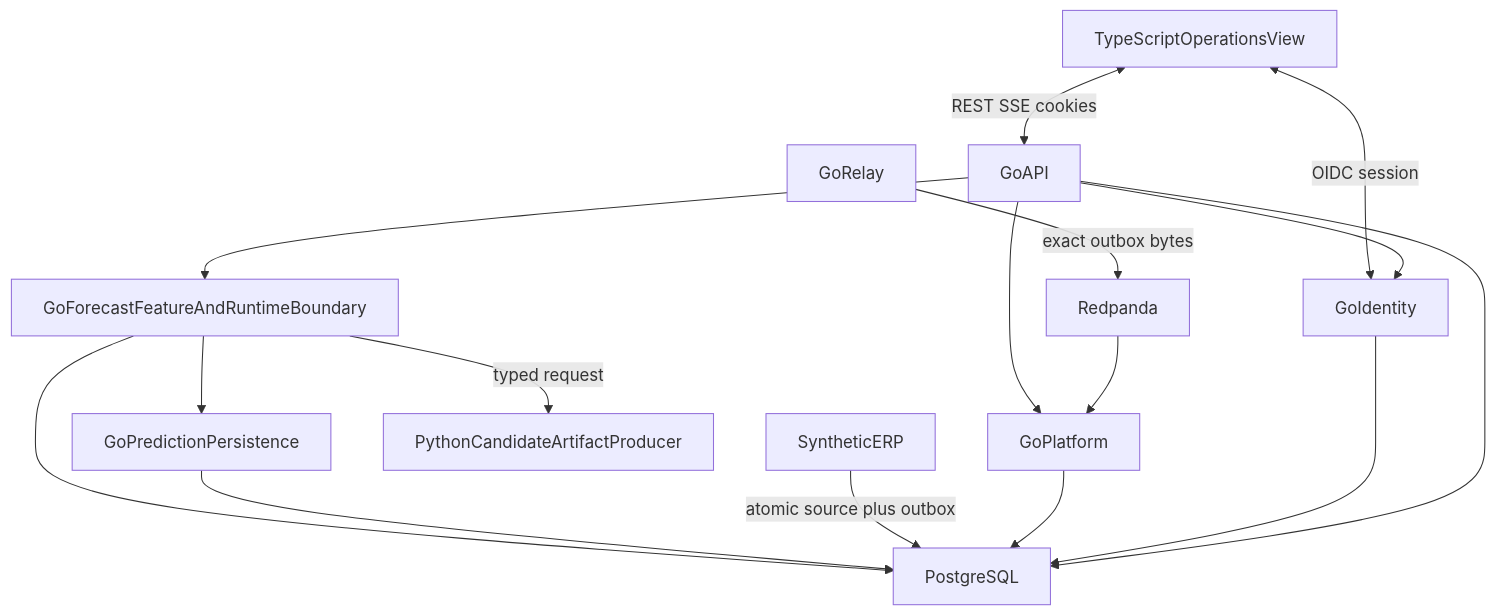
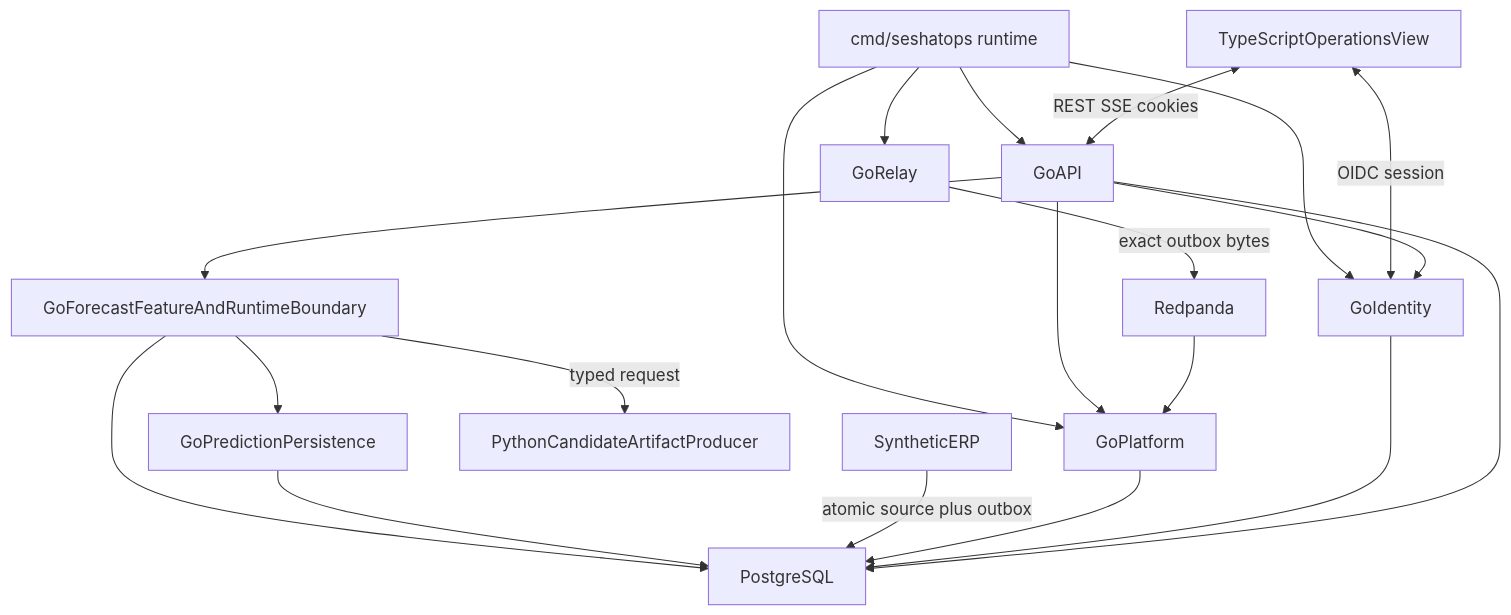
Before and after one commit to G1DO/seshatops: the diagram in docs/architecture/overview.md, drawn with Mermaid. The commit also changed other lines of this file and 10 other files, not shown here.

````diff
--- a/docs/architecture/overview.md
+++ b/docs/architecture/overview.md
@@ -18,28 +19,33 @@
 ```mermaid
 flowchart TB
+  RT[cmd/seshatops runtime]
   UI[TypeScriptOperationsView]
   ID[GoIdentity]
   API[GoAPI]
   PL[GoPlatform]
   FS[GoForecastFeatureAndRuntimeBoundary]
   REL[GoRelay]
   ERP[SyntheticERP]
   BUS[Redpanda]
   PG[PostgreSQL]
   PY[PythonCandidateArtifactProducer]
+  RT --> ID
+  RT --> API
+  RT --> REL
+  RT --> PL
   PP[GoPredictionPersistence]
   UI <-->|"REST SSE cookies"| API
   UI <-->|"OIDC session"| ID
   API --> ID
   API --> PL
   API --> FS
   FS --> PG
   FS -->|typed request| PY
   FS --> PP --> PG
   ERP -->|atomic source plus outbox| PG
   REL -->|exact outbox bytes| BUS
   BUS --> PL
   PL --> PG
   ID --> PG
   API --> PG
 ```
````
